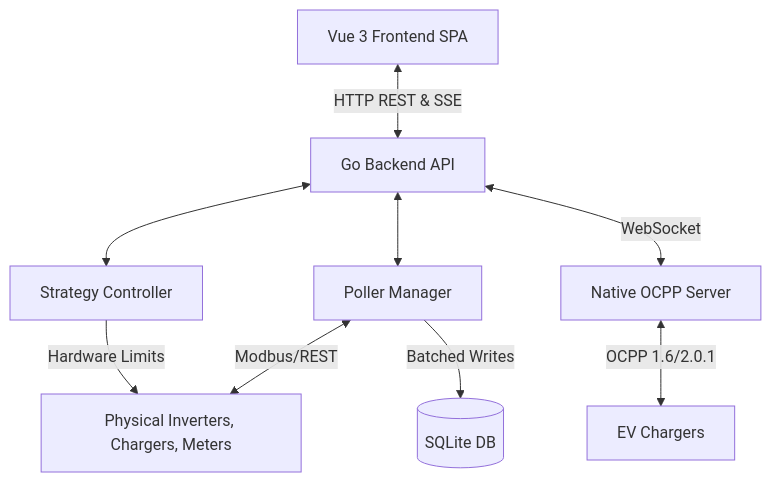
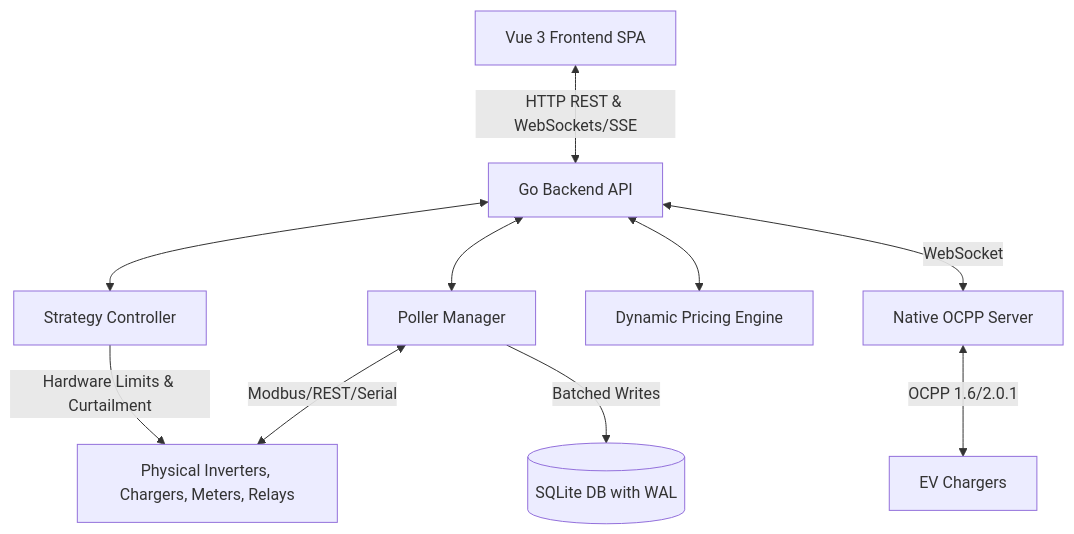
The diagram in docs/architecture.md (webdotpulse/GRID-EMS-RELEASE), drawn with Mermaid before and after one commit. The commit also changed other lines of this file and 57 other files, not shown here.

````diff
--- a/docs/architecture.md
+++ b/docs/architecture.md
@@ -13,11 +13,12 @@
 ```mermaid
 graph TD
-    UI[Vue 3 Frontend SPA] <-->|HTTP REST & SSE| API[Go Backend API]
+    UI[Vue 3 Frontend SPA] <-->|HTTP REST & WebSockets/SSE| API[Go Backend API]
     API <--> PM[Poller Manager]
-    PM <-->|Modbus/REST| Devices[Physical Inverters, Chargers, Meters]
-    PM -->|Batched Writes| DB[(SQLite DB)]
+    PM <-->|Modbus/REST/Serial| Devices[Physical Inverters, Chargers, Meters, Relays]
+    PM -->|Batched Writes| DB[(SQLite DB with WAL)]
     API <--> SC[Strategy Controller]
-    SC -->|Hardware Limits| Devices
+    API <--> Pricing[Dynamic Pricing Engine]
+    SC -->|Hardware Limits & Curtailment| Devices
     API <-->|WebSocket| OCPP[Native OCPP Server]
     OCPP <-->|OCPP 1.6/2.0.1| EVCharger[EV Chargers]
 ```
````
